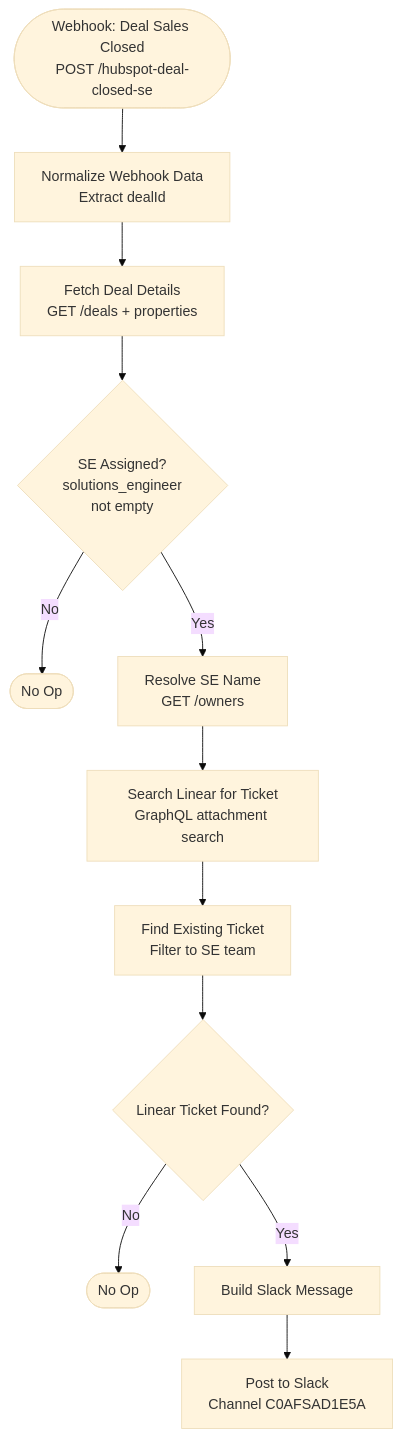
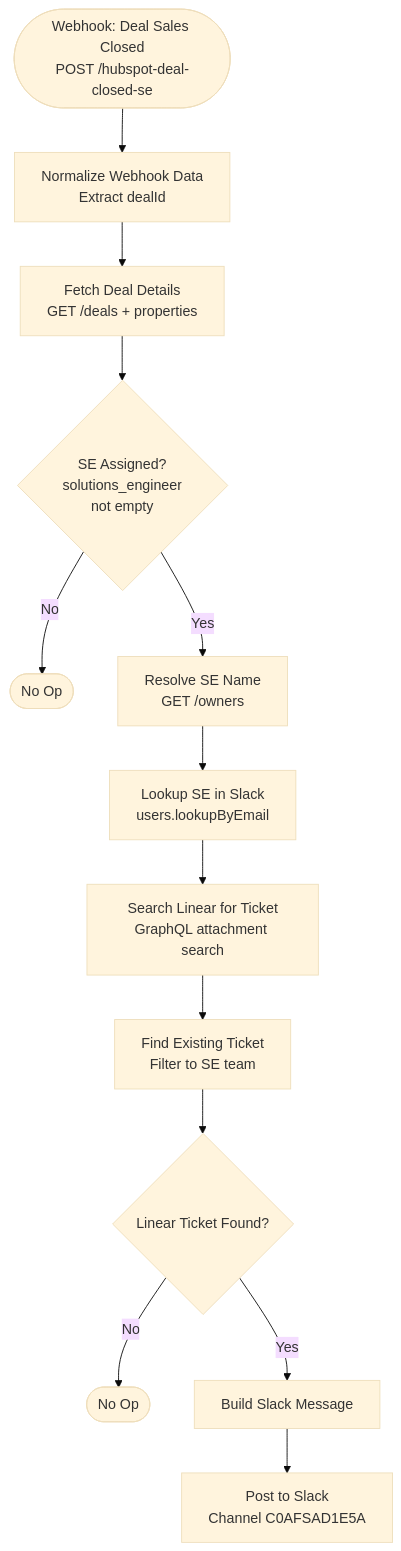
The diagram in workflows/hubspot-deal-closed-se-notification/architecture.mmd (isaachasbani-legalfly/workflow-automations), drawn with Mermaid (base theme) before and after one commit. The commit also changed 6 other files, not shown here.

First line of the commit message:
feat: finalize deal closed SE notification and SE-Linear ticket template

```diff
--- a/workflows/hubspot-deal-closed-se-notification/architecture.mmd
+++ b/workflows/hubspot-deal-closed-se-notification/architecture.mmd
@@ -1,12 +1,13 @@
 flowchart TD
     Webhook([Webhook: Deal Sales Closed<br/>POST /hubspot-deal-closed-se]) --> Normalize[Normalize Webhook Data<br/>Extract dealId]
     Normalize --> FetchDeal[Fetch Deal Details<br/>GET /deals + properties]
     FetchDeal --> CheckSE{SE Assigned?<br/>solutions_engineer<br/>not empty}
     CheckSE -->|No| Stop1([No Op])
     CheckSE -->|Yes| ResolveSE[Resolve SE Name<br/>GET /owners]
-    ResolveSE --> SearchLinear[Search Linear for Ticket<br/>GraphQL attachment search]
+    ResolveSE --> SlackLookup[Lookup SE in Slack<br/>users.lookupByEmail]
+    SlackLookup --> SearchLinear[Search Linear for Ticket<br/>GraphQL attachment search]
     SearchLinear --> FindTicket[Find Existing Ticket<br/>Filter to SE team]
     FindTicket --> HasTicket{Linear Ticket Found?}
     HasTicket -->|No| Stop2([No Op])
     HasTicket -->|Yes| BuildMsg[Build Slack Message]
     BuildMsg --> PostSlack[Post to Slack<br/>Channel C0AFSAD1E5A]
```
